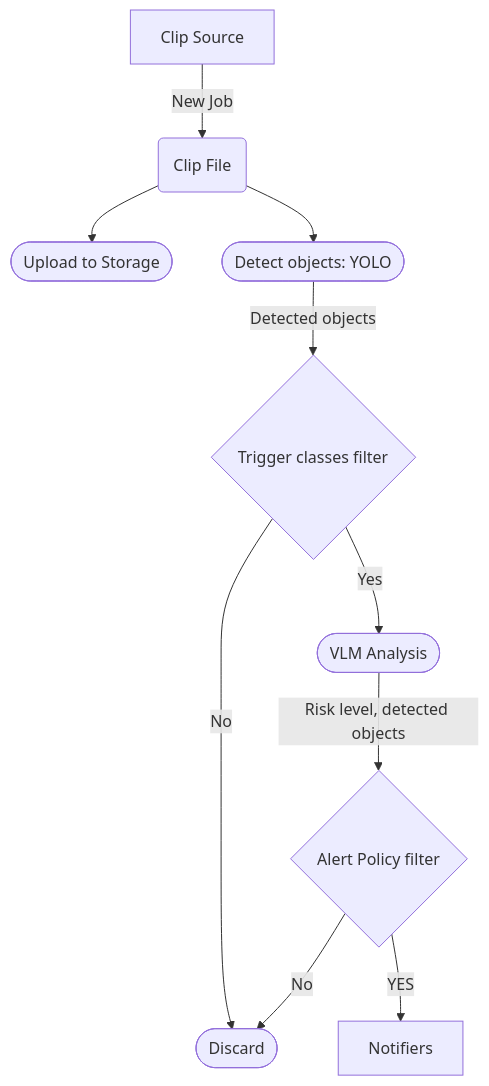
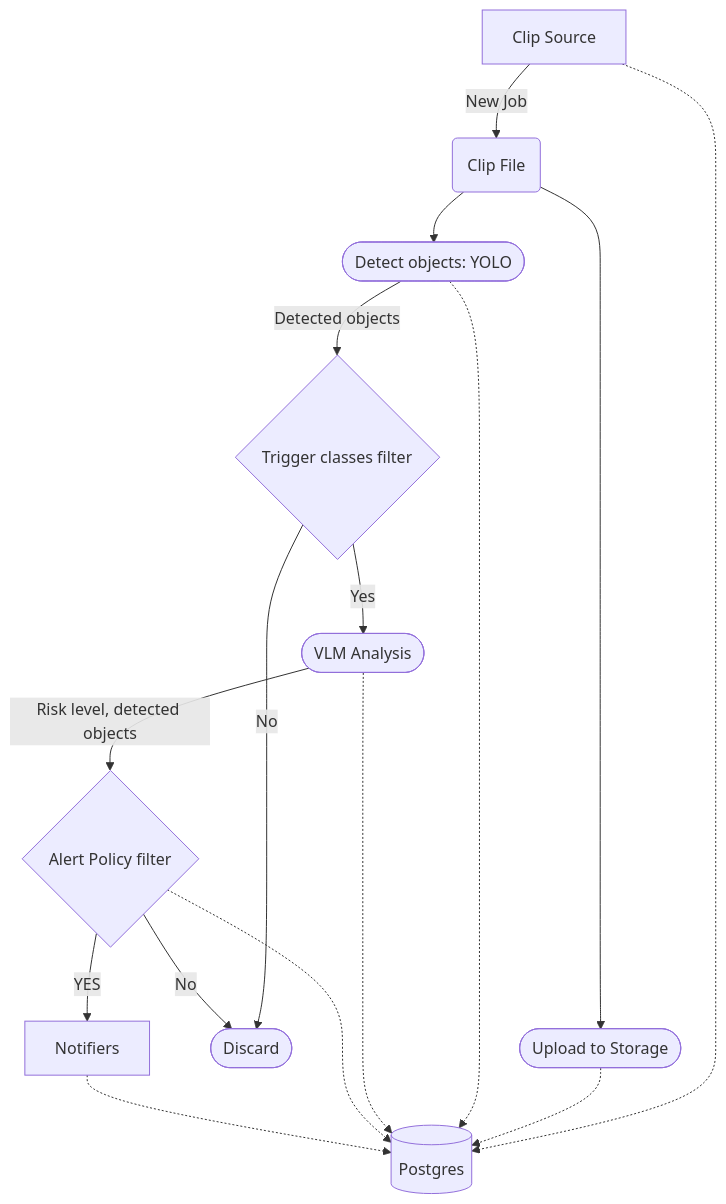
The diagram in README.md (lan17/homesec), drawn with Mermaid before and after one commit.

Commit message:
docs: add Postgres state tracking to mermaid diagram

````diff
--- a/README.md
+++ b/README.md
@@ -21,12 +21,21 @@
 ```mermaid
 graph TD
     S[Clip Source] -->|New Job| C(Clip File)
     C --> U([Upload to Storage])
     C --> F([Detect objects: YOLO])
     F -->|Detected objects| AI{Trigger classes filter}
     AI -->|Yes| V([VLM Analysis])
     AI -->|No| D([Discard])
     V -->|Risk level, detected objects| P{Alert Policy filter}
     P -->|No| D
     P -->|YES| N[Notifiers]
+
+    %% State tracking connections
+    PG[(Postgres)]
+    S -.-> PG
+    U -.-> PG
+    F -.-> PG
+    V -.-> PG
+    P -.-> PG
+    N -.-> PG
 ```
````
